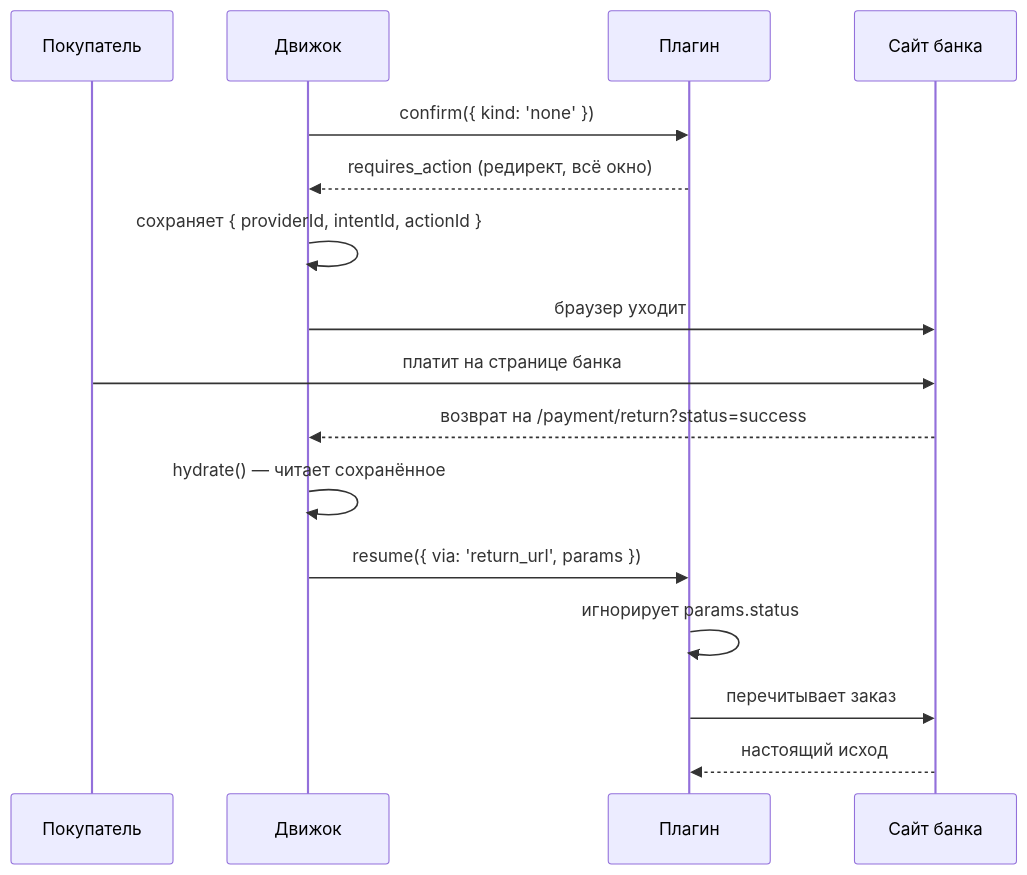
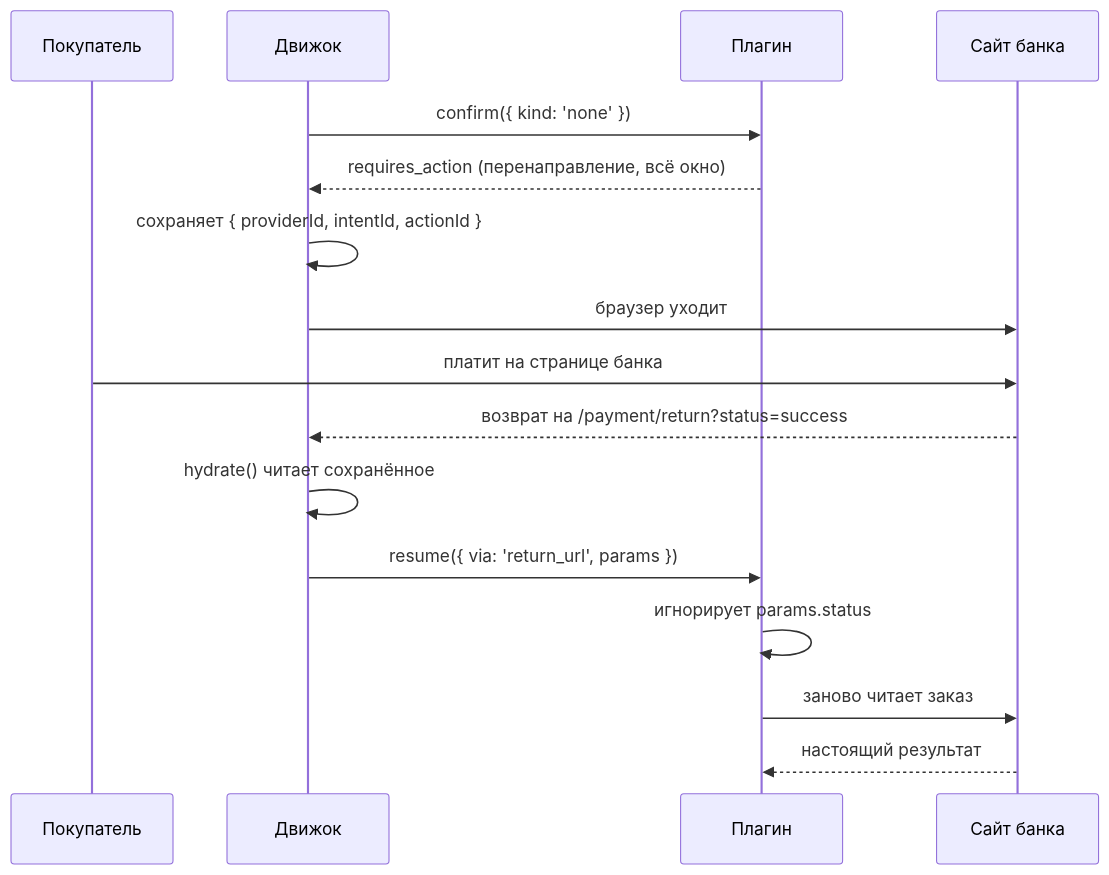
One commit to pavel-labs/checkout-kit changed the third of 3 diagrams in docs/ru/architecture.md. Above: the diagram before and after it, drawn with Mermaid. The commit also changed other lines of this file and 94 other files, not shown here.

````diff
--- a/docs/ru/architecture.md
+++ b/docs/ru/architecture.md
@@ -137,19 +119,19 @@
 ```mermaid
 sequenceDiagram
     participant S as Покупатель
     participant E as Движок
     participant P as Плагин
     participant B as Сайт банка
 
     E->>P: confirm({ kind: 'none' })
-    P-->>E: requires_action (редирект, всё окно)
+    P-->>E: requires_action (перенаправление, всё окно)
     E->>E: сохраняет { providerId, intentId, actionId }
     E->>B: браузер уходит
     S->>B: платит на странице банка
     B-->>E: возврат на /payment/return?status=success
-    E->>E: hydrate() — читает сохранённое
+    E->>E: hydrate() читает сохранённое
     E->>P: resume({ via: 'return_url', params })
     P->>P: игнорирует params.status
-    P->>B: перечитывает заказ
-    B-->>P: настоящий исход
+    P->>B: заново читает заказ
+    B-->>P: настоящий результат
 ```
````
